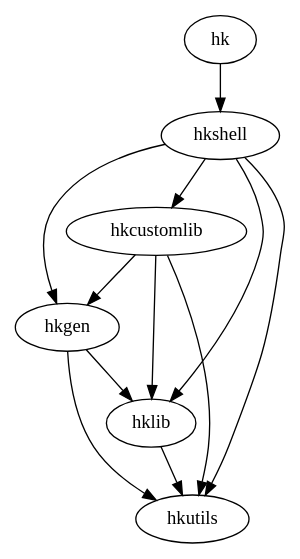
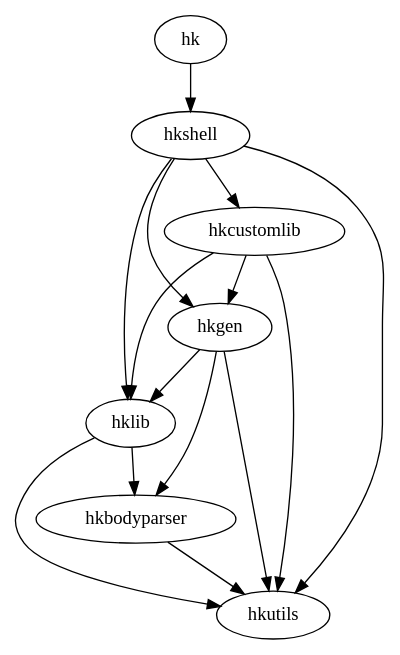
Before and after one commit to hcs42/heapkeeper-old: the diagram in doc/module_deps.dot, drawn with Graphviz. The commit also changed 12 other files, not shown here.

```diff
--- a/doc/module_deps.dot
+++ b/doc/module_deps.dot
@@ -1,14 +1,17 @@
 // $ dot -Tpng -o images/module_deps.png module_deps.dot
 digraph {
+    hkbodyparser -> hkutils;
+    hklib -> hkbodyparser;
     hklib -> hkutils;
     hkgen -> hkutils;
+    hkgen -> hkbodyparser;
     hkgen -> hklib;
     hkcustomlib -> hkutils;
     hkcustomlib -> hklib;
     hkcustomlib -> hkgen;
     hkshell -> hkutils;
     hkshell -> hklib;
     hkshell -> hkgen;
     hkshell -> hkcustomlib;
     hk -> hkshell;
 }
```
